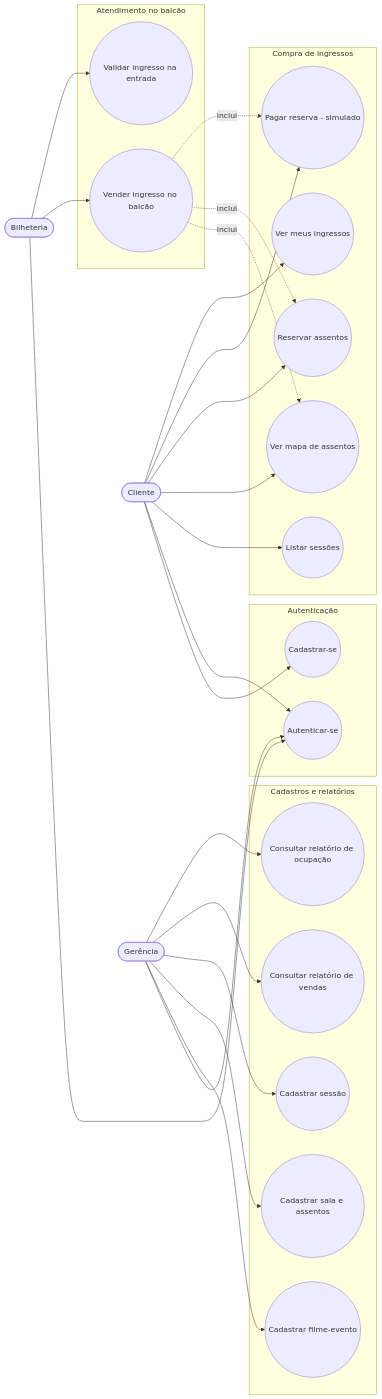
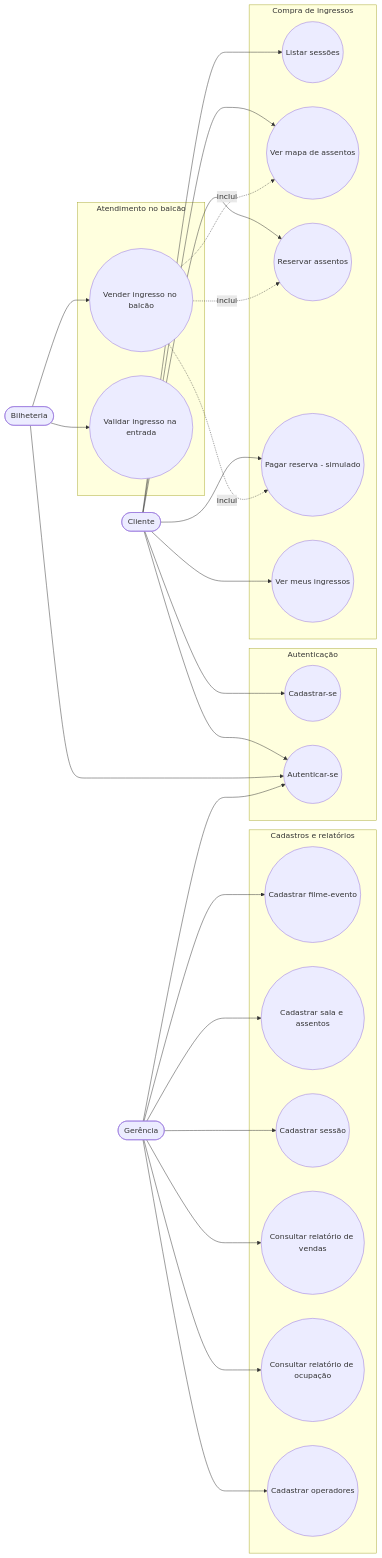
The diagram in docs/casos-de-uso.md (larentispedro/bilheteria-api), drawn with Mermaid before and after one commit. The commit also changed other lines of this file and 4 other files, not shown here.

Commit message:
docs: diagramas ER e de casos de uso, dominio https em producao

````diff
--- a/docs/casos-de-uso.md
+++ b/docs/casos-de-uso.md
@@ -6,54 +10,56 @@
 ```mermaid
 flowchart LR
     Cliente([Cliente])
     Bilheteria([Bilheteria])
     Gerencia([Gerência])
 
     subgraph Autenticacao[Autenticação]
         UC1((Cadastrar-se))
         UC2((Autenticar-se))
     end
 
     subgraph Compra[Compra de ingressos]
         UC3((Listar sessões))
         UC4((Ver mapa de assentos))
         UC5((Reservar assentos))
         UC6((Pagar reserva - simulado))
         UC7((Ver meus ingressos))
     end
 
     subgraph Balcao[Atendimento no balcão]
         UC8((Vender ingresso no balcão))
         UC9((Validar ingresso na entrada))
     end
 
     subgraph Gestao[Cadastros e relatórios]
         UC10((Cadastrar filme-evento))
         UC11((Cadastrar sala e assentos))
         UC12((Cadastrar sessão))
         UC13((Consultar relatório de vendas))
         UC14((Consultar relatório de ocupação))
+        UC15((Cadastrar operadores))
     end
 
     Cliente --> UC1
     Cliente --> UC2
     Cliente --> UC3
     Cliente --> UC4
     Cliente --> UC5
     Cliente --> UC6
     Cliente --> UC7
 
     Bilheteria --> UC2
     Bilheteria --> UC8
     Bilheteria --> UC9
     UC8 -.inclui.-> UC4
     UC8 -.inclui.-> UC5
     UC8 -.inclui.-> UC6
 
     Gerencia --> UC2
     Gerencia --> UC10
     Gerencia --> UC11
     Gerencia --> UC12
     Gerencia --> UC13
     Gerencia --> UC14
+    Gerencia --> UC15
 ```
````
